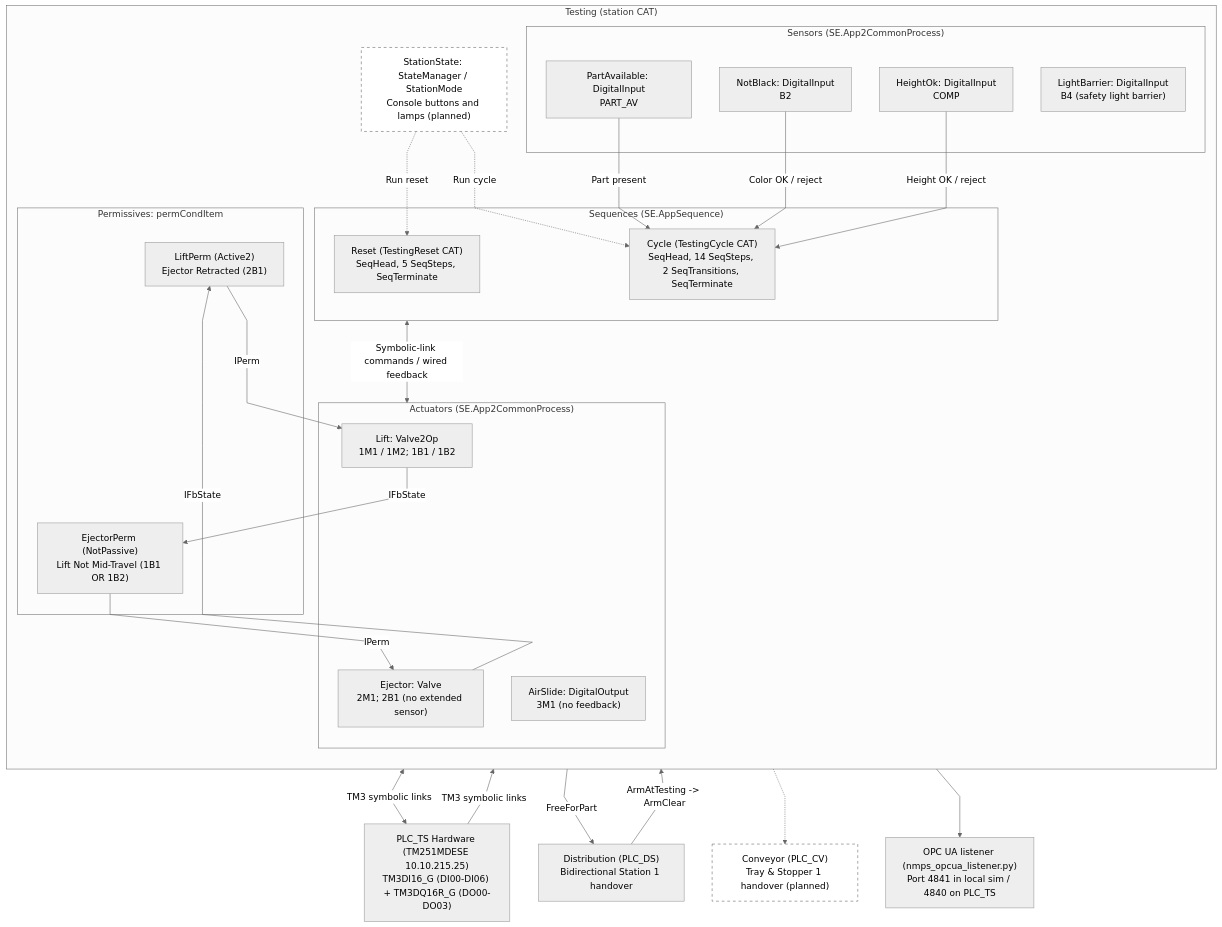
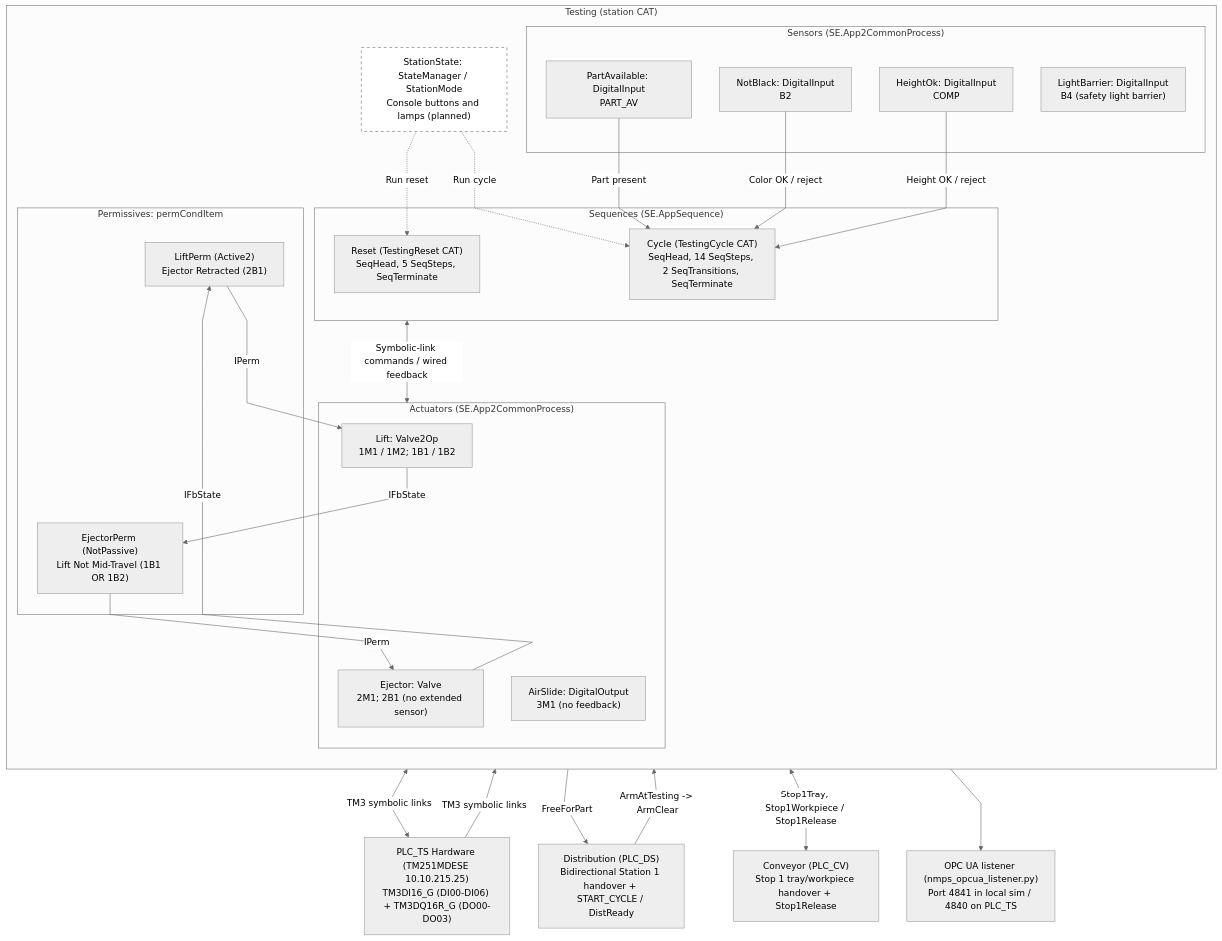
One commit to D7017E-LLM-Based-Failure-Detection/ttt-MPS changed the first of 3 diagrams in docs/TESTING.md. Above: the diagram before and after it, drawn with Mermaid. The commit also changed other lines of this file and 2 other files, not shown here.

Commit message:
docs(nmps): add CONVEYOR.md and update Station 1 & OPC UA documentation

````diff
--- a/docs/TESTING.md
+++ b/docs/TESTING.md
@@ -31,57 +31,57 @@
 ```mermaid
 %%{init: {"theme": "neutral", "flowchart": {"curve": "linear"}}}%%
 flowchart TB
     subgraph Testing["Testing (station CAT)"]
         direction TB
         StationState["StationState: StateManager / StationMode<br/>Console buttons and lamps (planned)"]
 
         subgraph Sequences["Sequences (SE.AppSequence)"]
             Reset["Reset (TestingReset CAT)<br/>SeqHead, 5 SeqSteps, SeqTerminate"]
             Cycle["Cycle (TestingCycle CAT)<br/>SeqHead, 14 SeqSteps, 2 SeqTransitions, SeqTerminate"]
         end
 
         subgraph Actuators["Actuators (SE.App2CommonProcess)"]
             Lift["Lift: Valve2Op<br/>1M1 / 1M2; 1B1 / 1B2"]
             Ejector["Ejector: Valve<br/>2M1; 2B1 (no extended sensor)"]
             AirSlide["AirSlide: DigitalOutput<br/>3M1 (no feedback)"]
         end
 
         subgraph Sensors["Sensors (SE.App2CommonProcess)"]
             PartAvailable["PartAvailable: DigitalInput<br/>PART_AV"]
             NotBlack["NotBlack: DigitalInput<br/>B2"]
             HeightOk["HeightOk: DigitalInput<br/>COMP"]
             LightBarrier["LightBarrier: DigitalInput<br/>B4 (safety light barrier)"]
         end
 
         subgraph Permissives["Permissives: permCondItem"]
             LiftPerm["LiftPerm (Active2)<br/>Ejector Retracted (2B1)"]
             EjectorPerm["EjectorPerm (NotPassive)<br/>Lift Not Mid-Travel (1B1 OR 1B2)"]
         end
 
         StationState -.->|Run reset| Reset
         StationState -.->|Run cycle| Cycle
         Sequences <-->|Symbolic-link commands / wired feedback| Actuators
         PartAvailable -->|Part present| Cycle
         NotBlack -->|Color OK / reject| Cycle
         HeightOk -->|Height OK / reject| Cycle
         Ejector -->|IFbState| LiftPerm
         LiftPerm -->|IPerm| Lift
         Lift -->|IFbState| EjectorPerm
         EjectorPerm -->|IPerm| Ejector
     end
 
     PLC["PLC_TS Hardware (TM251MDESE 10.10.215.25)<br/>TM3DI16_G (DI00-DI06) + TM3DQ16R_G (DO00-DO03)"]
-    Distribution["Distribution (PLC_DS)<br/>Bidirectional Station 1 handover"]
-    Conveyor["Conveyor (PLC_CV)<br/>Tray & Stopper 1 handover (planned)"]
+    Distribution["Distribution (PLC_DS)<br/>Bidirectional Station 1 handover + START_CYCLE / DistReady"]
+    Conveyor["Conveyor (PLC_CV)<br/>Stop 1 tray/workpiece handover + Stop1Release"]
     OPCUA["OPC UA listener (nmps_opcua_listener.py)<br/>Port 4841 in local sim / 4840 on PLC_TS"]
 
     Actuators <-->|TM3 symbolic links| PLC
     PLC -->|TM3 symbolic links| Sensors
     Testing -->|FreeForPart| Distribution
     Distribution -->|"ArmAtTesting -> ArmClear"| Cycle
-    Testing -.-> Conveyor
+    Testing <-->|"Stop1Tray, Stop1Workpiece / Stop1Release"| Conveyor
     Testing --> OPCUA
 
     classDef planned fill:#fff,stroke:#666,stroke-dasharray:5 5
-    class StationState,Conveyor planned
+    class StationState planned
 ```
````
